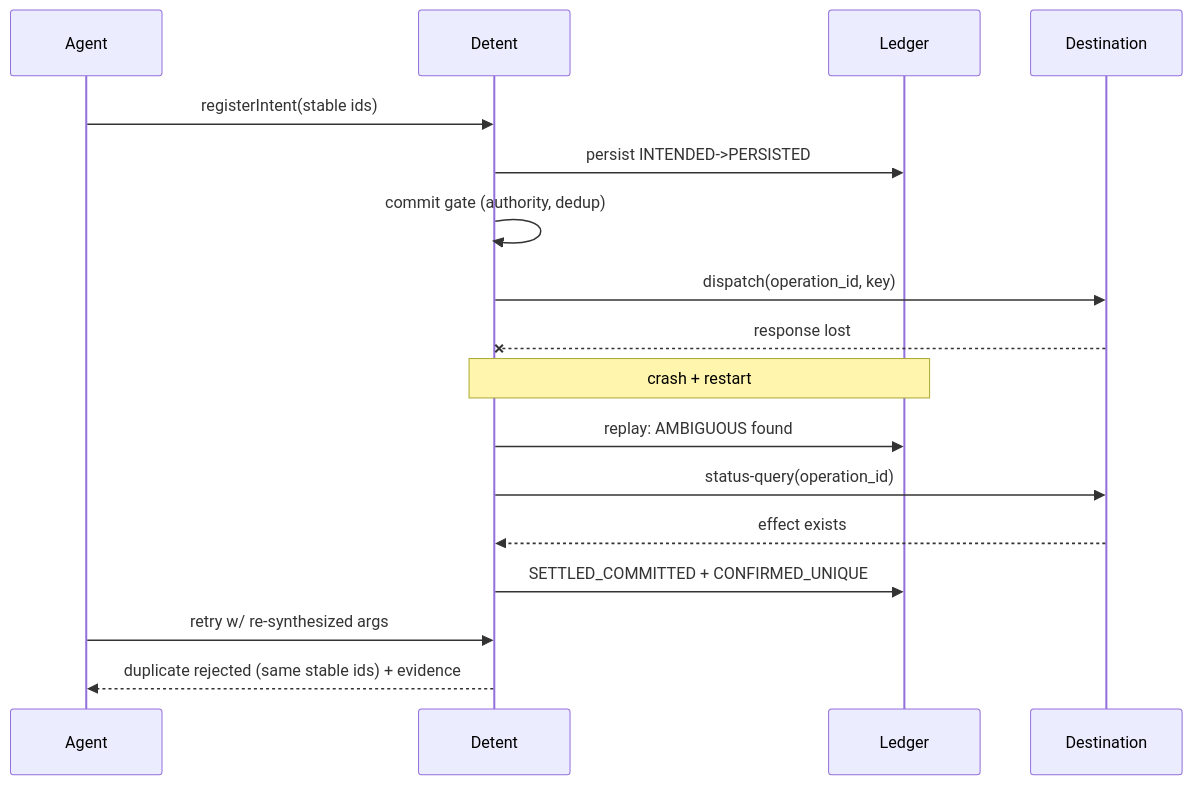
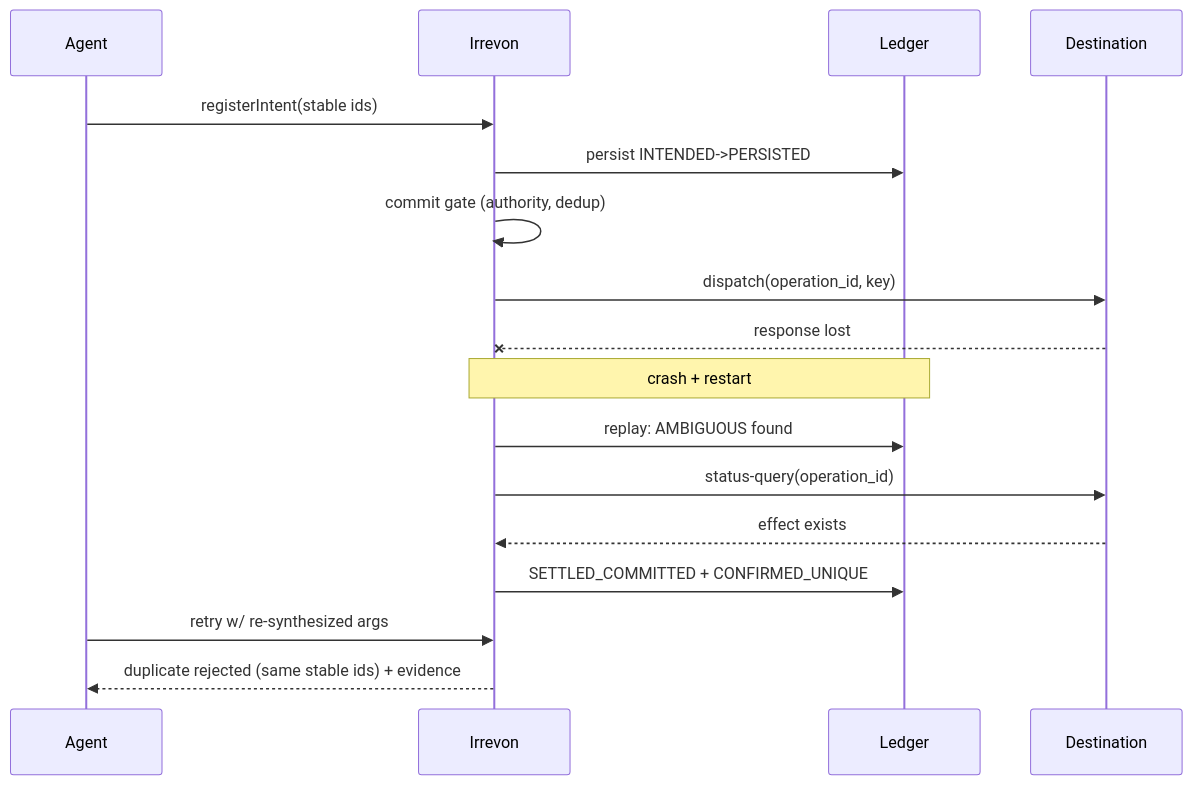
One commit to PranavMishra28/irrevon changed the fourth of 4 diagrams in docs/master-doc.md. Above: the diagram before and after it, drawn with Mermaid. The commit also changed other lines of this file and 466 other files, not shown here.

````diff
--- a/docs/master-doc.md
+++ b/docs/master-doc.md
@@ -292,20 +292,20 @@
 ```mermaid
 sequenceDiagram
   participant Ag as Agent
-  participant DT as Detent
+  participant DT as Irrevon
   participant L as Ledger
   participant X as Destination
   Ag->>DT: registerIntent(stable ids)
   DT->>L: persist INTENDED->PERSISTED
   DT->>DT: commit gate (authority, dedup)
   DT->>X: dispatch(operation_id, key)
   X--xDT: response lost
   Note over DT,L: crash + restart
   DT->>L: replay: AMBIGUOUS found
   DT->>X: status-query(operation_id)
   X-->>DT: effect exists
   DT->>L: SETTLED_COMMITTED + CONFIRMED_UNIQUE
   Ag->>DT: retry w/ re-synthesized args
   DT-->>Ag: duplicate rejected (same stable ids) + evidence
 
 ```
````
